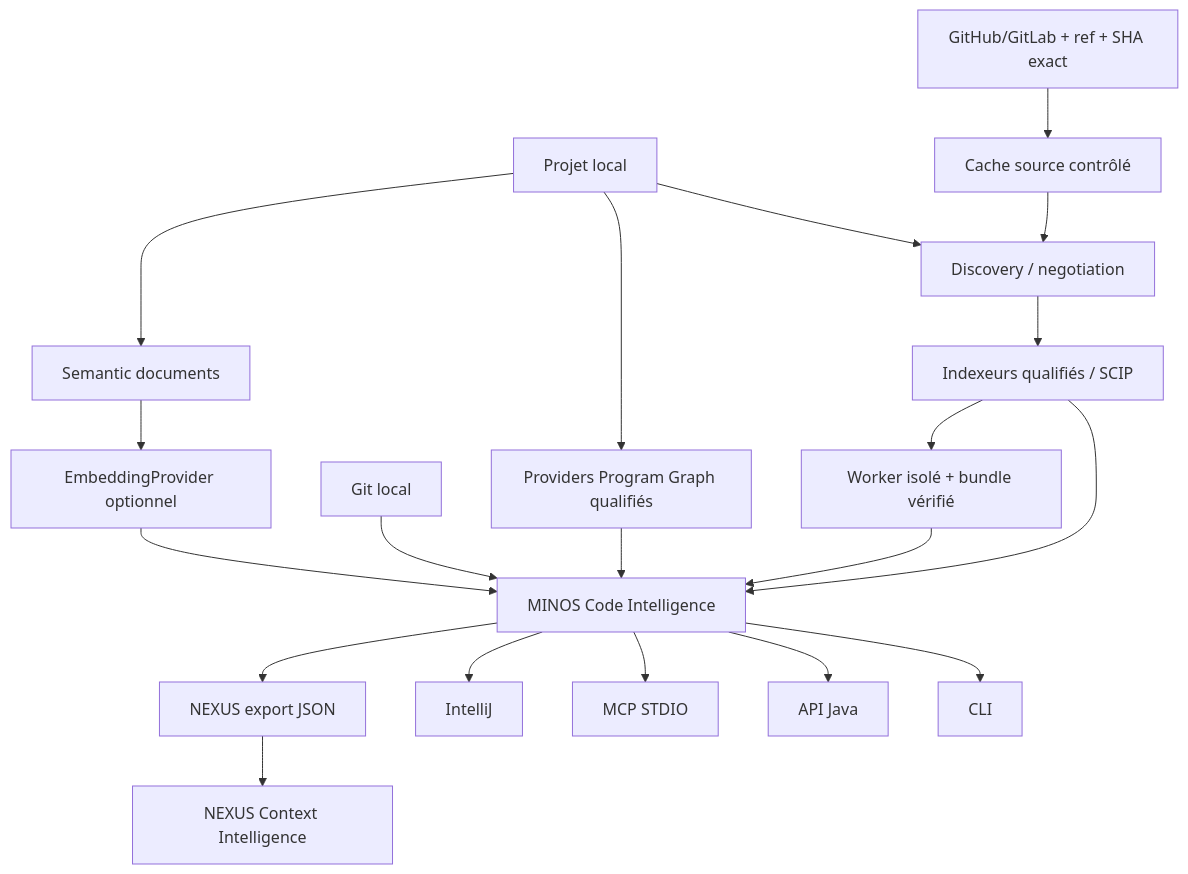
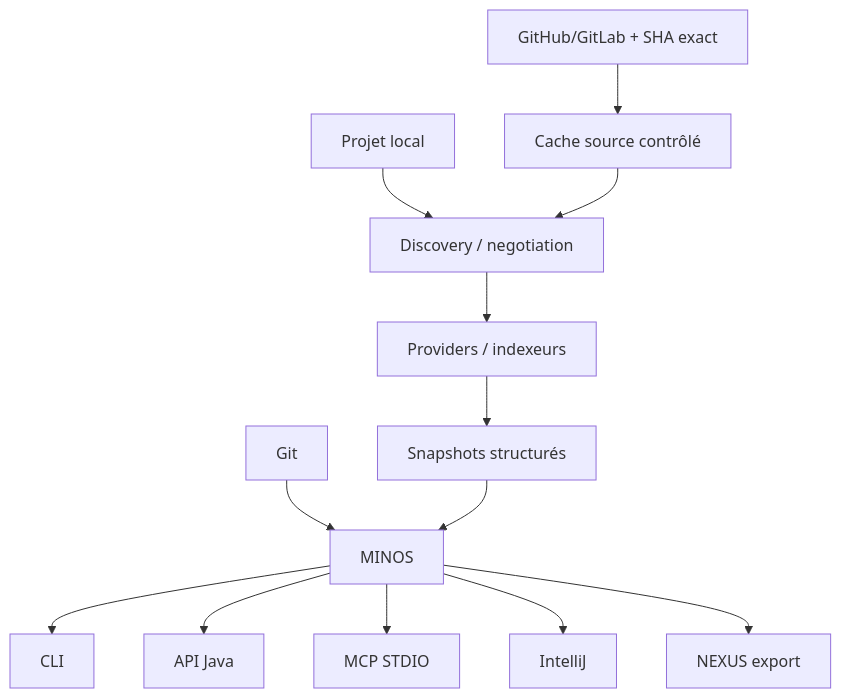
Before and after one commit to FTurleque/minos-code-intelligence: the diagram in README.md, drawn with Mermaid. The commit also changed other lines of this file, not shown here.

````diff
--- a/README.md
+++ b/README.md
@@ -23,22 +42,15 @@
 ```mermaid
 flowchart TB
     SRC[Projet local] --> DISC[Discovery / negotiation]
-    REMOTE[GitHub/GitLab + ref + SHA exact] --> CACHE[Cache source contrôlé]
+    REMOTE[GitHub/GitLab + SHA exact] --> CACHE[Cache source contrôlé]
     CACHE --> DISC
-    DISC --> IDX[Indexeurs qualifiés / SCIP]
-    IDX --> MINOS[MINOS Code Intelligence]
-    IDX --> WORKER[Worker isolé + bundle vérifié]
-    WORKER --> MINOS
-    GIT[Git local] --> MINOS
-    SRC --> ADV[Providers Program Graph qualifiés]
-    ADV --> MINOS
-    SRC --> SEM[Semantic documents]
-    SEM --> EMB[EmbeddingProvider optionnel]
-    EMB --> MINOS
+    DISC --> IDX[Providers / indexeurs]
+    IDX --> SNAP[Snapshots structurés]
+    GIT[Git] --> MINOS[MINOS]
+    SNAP --> MINOS
     MINOS --> CLI[CLI]
     MINOS --> API[API Java]
     MINOS --> MCP[MCP STDIO]
     MINOS --> IDE[IntelliJ]
-    MINOS --> NX[NEXUS export JSON]
-    NX --> NEXUS[NEXUS Context Intelligence]
+    MINOS --> NEXUS[NEXUS export]
 ```
````
